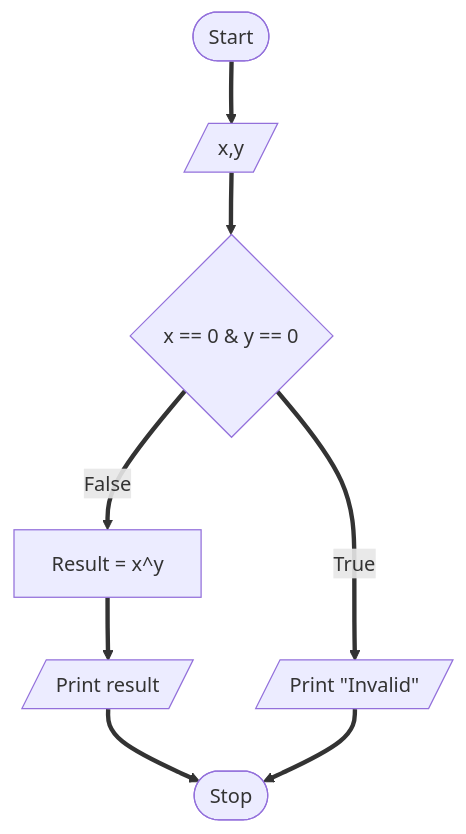
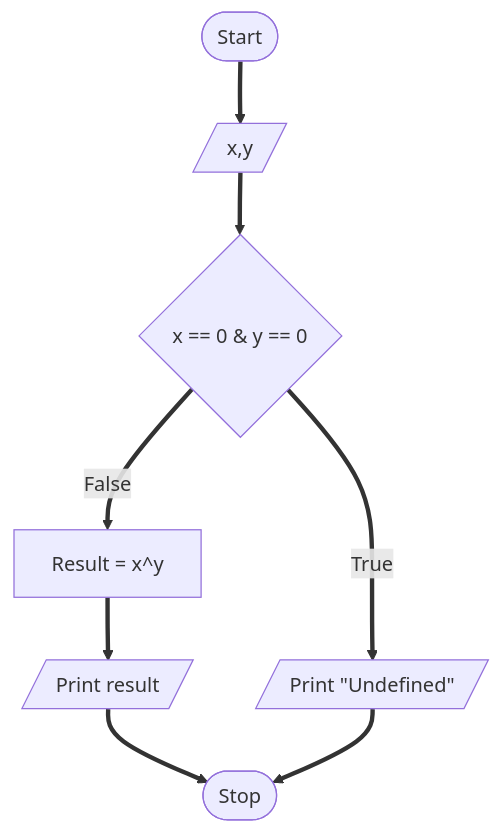
One commit to SWEG-2016EC-Batch/The-5-Bits changed the diagram in ETS0831_Kidus_Tessema/Power_Functions.md. Above: the diagram before and after it, drawn with Mermaid.

````diff
--- a/ETS0831_Kidus_Tessema/Power_Functions.md
+++ b/ETS0831_Kidus_Tessema/Power_Functions.md
@@ -26,10 +26,10 @@
 ```mermaid
 flowchart TD
 id1([Start])
 id1 ==> id2[/x,y/]
 id2 ==> id3{x == 0 & y == 0}
-id3 == True ==> id4a[/Print "Invalid"/]
+id3 == True ==> id4a[/Print "Undefined"/]
 id3 == False ==> id4b["Result = x^y"]
 id4b ==> id5[/Print result/]
 id5 & id4a ==> id6([Stop])
 ```
````
